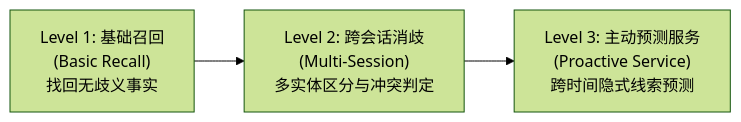
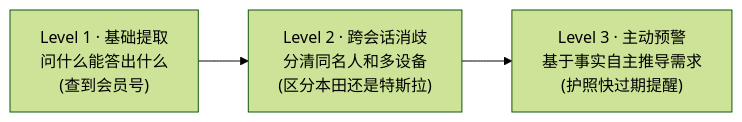
The second of 2 diagrams in app/ch03-memory-rag/01-user-memory-system/page.mdx (ljh12138164/ai-agent-study), drawn with Mermaid (forest theme) before and after one commit. The commit also changed other lines of this file and 43 other files, not shown here.

````diff
--- a/app/ch03-memory-rag/01-user-memory-system/page.mdx
+++ b/app/ch03-memory-rag/01-user-memory-system/page.mdx
@@ -32,5 +35,5 @@
 ```mermaid
-graph LR
-    L1["Level 1: 基础召回<br/>(Basic Recall)<br/>找回无歧义事实"] --> L2["Level 2: 跨会话消歧<br/>(Multi-Session)<br/>多实体区分与冲突判定"]
-    L2 --> L3["Level 3: 主动预测服务<br/>(Proactive Service)<br/>跨时间隐式线索预测"]
+flowchart LR
+    L1["Level 1 · 基础提取<br/>问什么能答出什么<br/>(查到会员号)"] --> L2["Level 2 · 跨会话消歧<br/>分清同名人和多设备<br/>(区分本田还是特斯拉)"]
+    L2 --> L3["Level 3 · 主动预警<br/>基于事实自主推导需求<br/>(护照快过期提醒)"]
 ```
````
